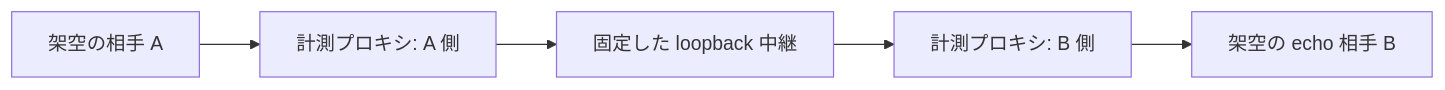
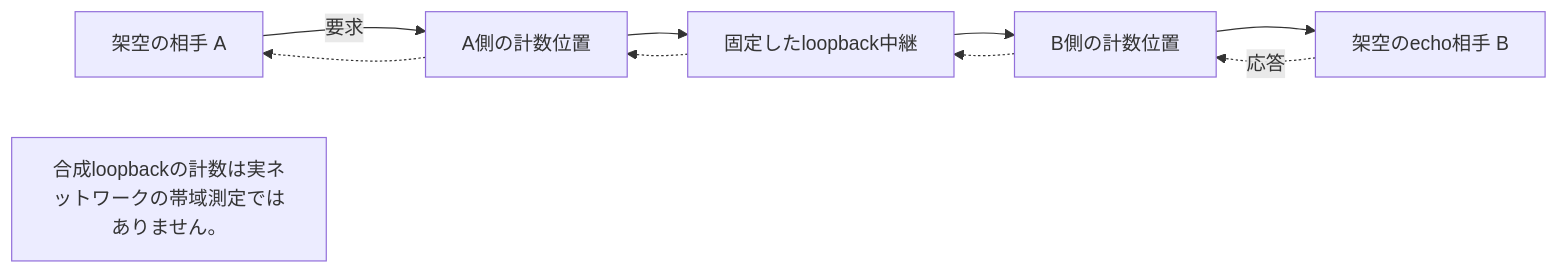
The diagram in docs/RELAY_TRAFFIC_MEASUREMENT.ja.md (webkaz-labs/sobalink), drawn with Mermaid before and after one commit. The commit also changed 238 other files, not shown here.

First line of the commit message:
docs: explain workflows with distinct diagrams and real screen examples (#60)

````diff
--- a/docs/RELAY_TRAFFIC_MEASUREMENT.ja.md
+++ b/docs/RELAY_TRAFFIC_MEASUREMENT.ja.md
@@ -13,7 +13,15 @@
 ```mermaid
 flowchart LR
-    A[架空の相手 A] --> B[計測プロキシ: A 側]
-    B --> C[固定した loopback 中継]
-    C --> D[計測プロキシ: B 側]
-    D --> E[架空の echo 相手 B]
+ accTitle: 2つの計数位置と往復の向き
+ accDescr: 合成loopbackの計数は実ネットワークの帯域測定ではありません。
+ A["架空の相手 A"] -->|要求| B["A側の計数位置"]
+ B --> C["固定したloopback中継"]
+ C --> D["B側の計数位置"]
+ D --> E["架空のecho相手 B"]
+ E -. 応答 .-> D
+ D -.-> C
+ C -.-> B
+ B -.-> A
+
+ LIMIT["合成loopbackの計数は実ネットワークの帯域測定ではありません。"]
 ```
````
